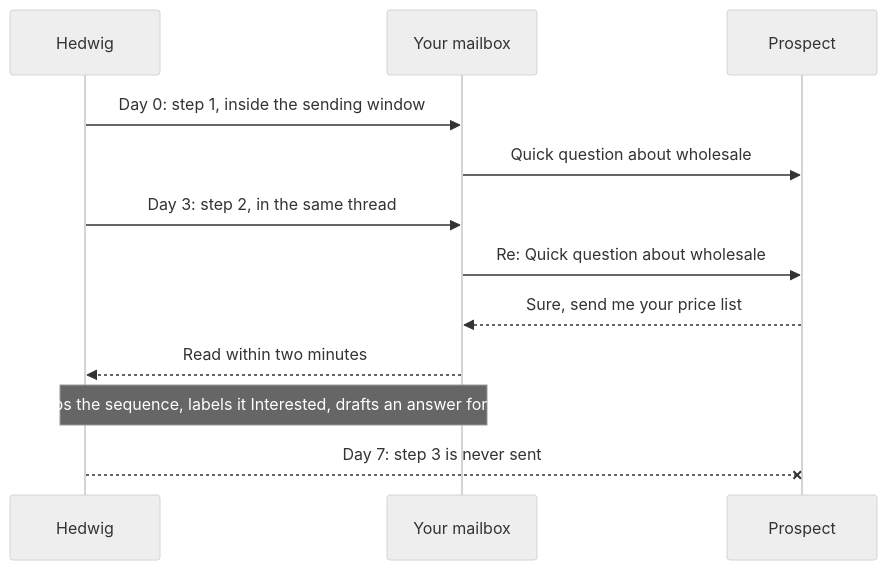
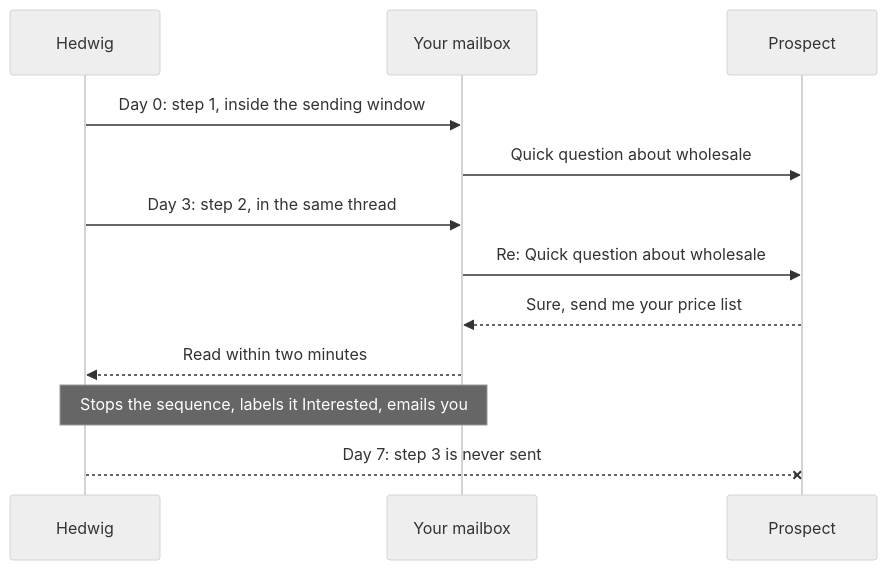
One commit to gabrilator/hedwig changed the second of 2 diagrams in README.md. Above: the diagram before and after it, drawn with Mermaid (neutral theme). The commit also changed other lines of this file and 68 other files, not shown here.

````diff
--- a/README.md
+++ b/README.md
@@ -67,14 +67,14 @@
 ```mermaid
 sequenceDiagram
   participant H as Hedwig
   participant M as Your mailbox
   participant P as Prospect
   H->>M: Day 0: step 1, inside the sending window
   M->>P: Quick question about wholesale
   H->>M: Day 3: step 2, in the same thread
   M->>P: Re: Quick question about wholesale
   P-->>M: Sure, send me your price list
   M-->>H: Read within two minutes
-  Note over H,M: Stops the sequence, labels it Interested, drafts an answer for you
+  Note over H,M: Stops the sequence, labels it Interested, emails you
   H--xP: Day 7: step 3 is never sent
 ```
````
